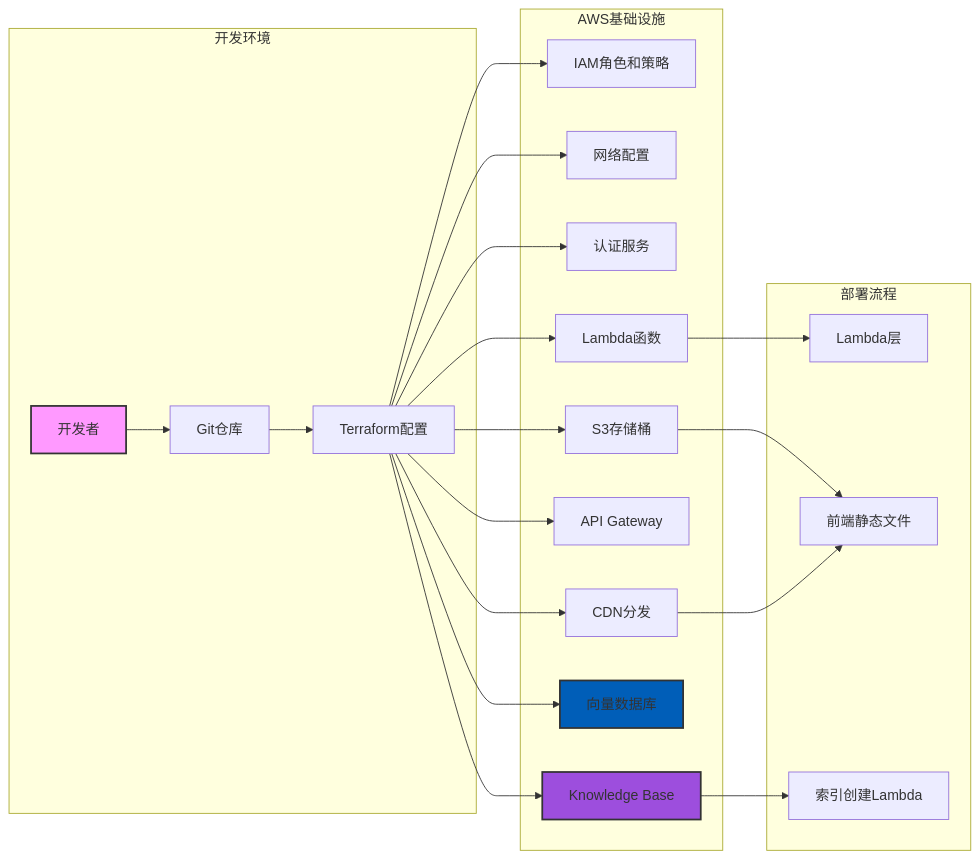
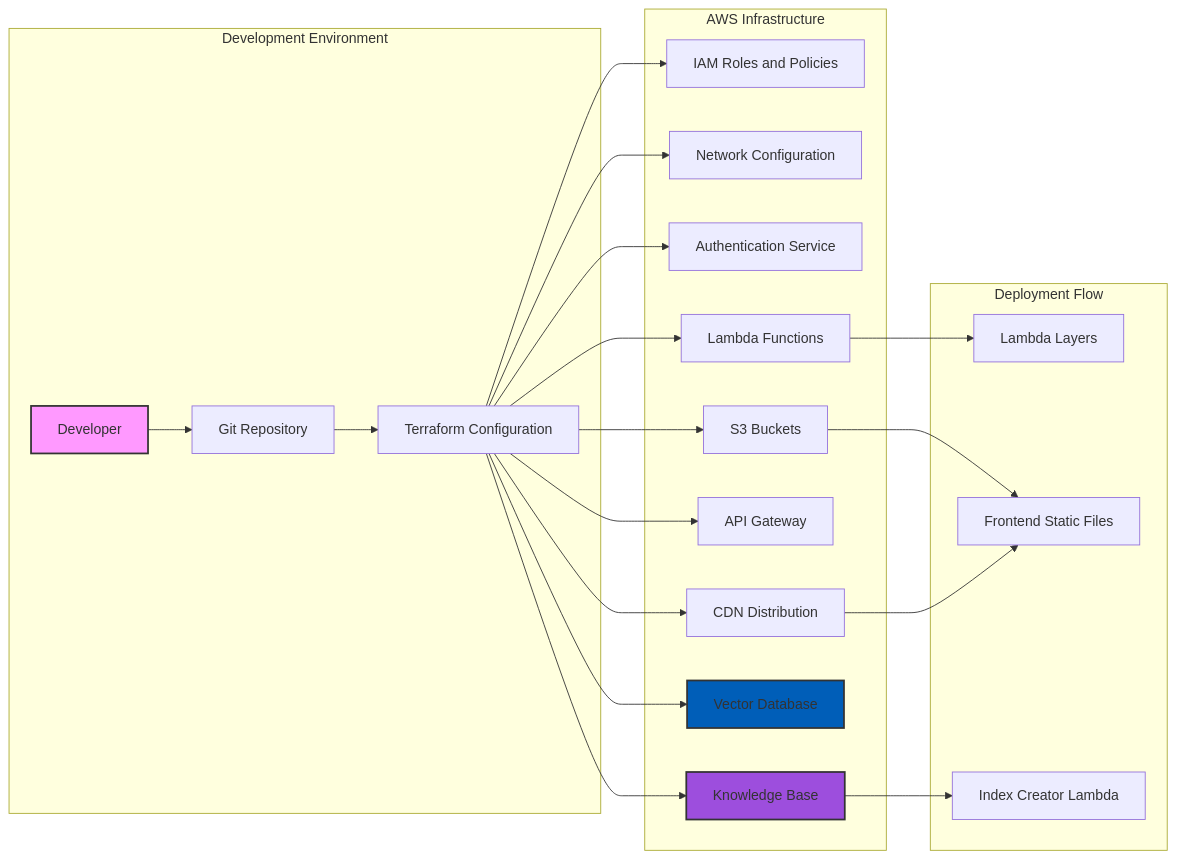
Before and after one commit to yincma/AWS-BEDROCK-RAG: the third of 8 diagrams in README.md, drawn with Mermaid. The commit also changed other lines of this file and 10 other files, not shown here.

````diff
--- a/README.md
+++ b/README.md
@@ -190,30 +190,30 @@
 ```mermaid
 graph LR
-    subgraph 开发环境
-        Dev[开发者] --> Git[Git仓库]
-        Git --> TF[Terraform配置]
+    subgraph Development Environment
+        Dev[Developer] --> Git[Git Repository]
+        Git --> TF[Terraform Configuration]
     end
     
-    subgraph AWS基础设施
-        TF --> IAM[IAM角色和策略]
-        TF --> VPC[网络配置]
-        TF --> Cognito[认证服务]
-        TF --> Lambda[Lambda函数]
-        TF --> S3[S3存储桶]
+    subgraph AWS Infrastructure
+        TF --> IAM[IAM Roles and Policies]
+        TF --> VPC[Network Configuration]
+        TF --> Cognito[Authentication Service]
+        TF --> Lambda[Lambda Functions]
+        TF --> S3[S3 Buckets]
         TF --> APIGW[API Gateway]
         TF --> Bedrock[Knowledge Base]
-        TF --> OpenSearch[向量数据库]
-        TF --> CloudFront[CDN分发]
+        TF --> OpenSearch[Vector Database]
+        TF --> CloudFront[CDN Distribution]
     end
     
-    subgraph 部署流程
-        Lambda --> Layers[Lambda层]
-        S3 --> Frontend[前端静态文件]
+    subgraph Deployment Flow
+        Lambda --> Layers[Lambda Layers]
+        S3 --> Frontend[Frontend Static Files]
         CloudFront --> Frontend
-        Bedrock --> IndexCreator[索引创建Lambda]
+        Bedrock --> IndexCreator[Index Creator Lambda]
     end
     
     style Dev fill:#f9f,stroke:#333,stroke-width:2px
     style Bedrock fill:#9d4edd,stroke:#333,stroke-width:2px
     style OpenSearch fill:#005EB8,stroke:#333,stroke-width:2px
 ```
````
